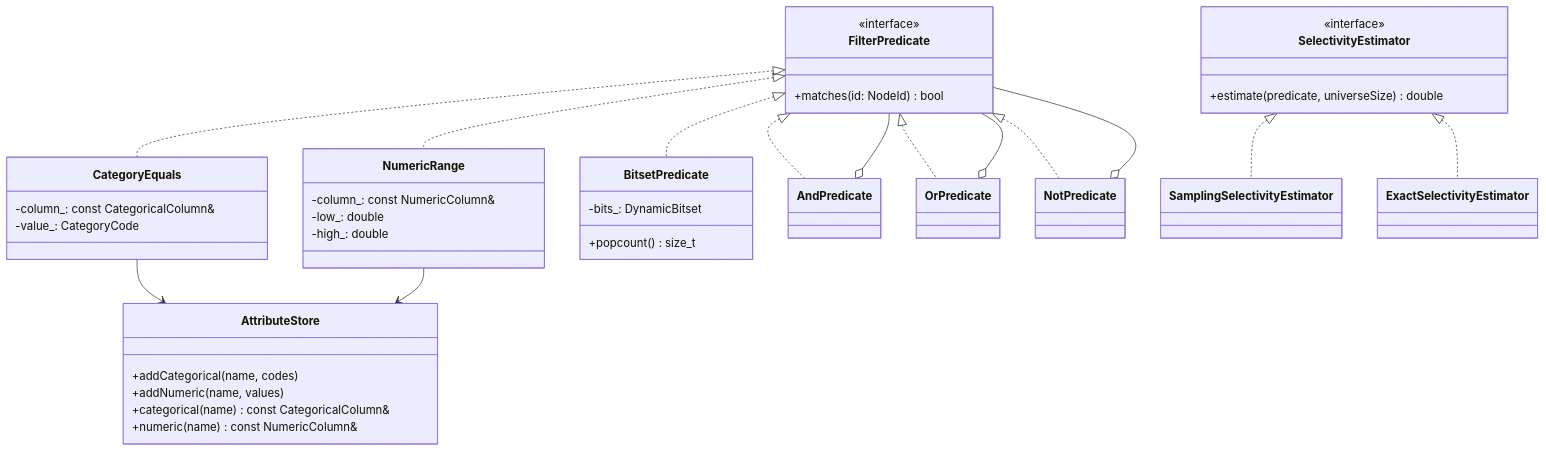
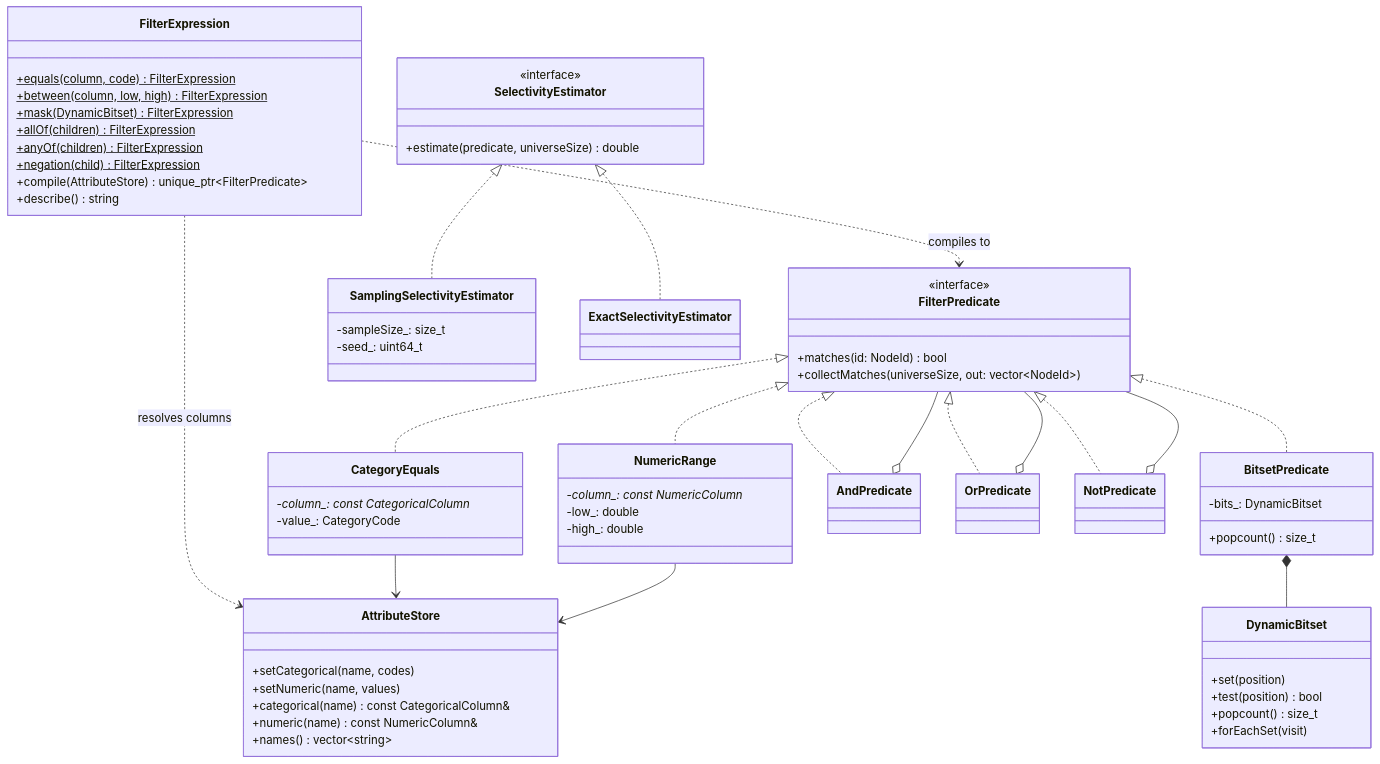
Before and after one commit to imDharaneesh/hopfilter-ann: the seventh of 13 diagrams in docs/design.md, drawn with Mermaid. The commit also changed other lines of this file, not shown here.

First line of the commit message:
docs(design): specify the filter module and filtered search strategies

````diff
--- a/docs/design.md
+++ b/docs/design.md
@@ -316,48 +318,72 @@
 ```mermaid
 classDiagram
+    class DynamicBitset {
+        +set(position)
+        +test(position) bool
+        +popcount() size_t
+        +forEachSet(visit)
+    }
+    class AttributeStore {
+        +setCategorical(name, codes)
+        +setNumeric(name, values)
+        +categorical(name) const CategoricalColumn&
+        +numeric(name) const NumericColumn&
+        +names() vector~string~
+    }
     class FilterPredicate {
         <<interface>>
         +matches(id: NodeId) bool
+        +collectMatches(universeSize, out: vector~NodeId~)
     }
     class CategoryEquals {
-        -column_: const CategoricalColumn&
+        -column_: const CategoricalColumn*
         -value_: CategoryCode
     }
     class NumericRange {
-        -column_: const NumericColumn&
+        -column_: const NumericColumn*
         -low_: double
         -high_: double
     }
     class BitsetPredicate {
         -bits_: DynamicBitset
         +popcount() size_t
     }
     class AndPredicate
     class OrPredicate
     class NotPredicate
-    class AttributeStore {
-        +addCategorical(name, codes)
-        +addNumeric(name, values)
-        +categorical(name) const CategoricalColumn&
-        +numeric(name) const NumericColumn&
+    class FilterExpression {
+        +equals(column, code)$ FilterExpression
+        +between(column, low, high)$ FilterExpression
+        +mask(DynamicBitset)$ FilterExpression
+        +allOf(children)$ FilterExpression
+        +anyOf(children)$ FilterExpression
+        +negation(child)$ FilterExpression
+        +compile(AttributeStore) unique_ptr~FilterPredicate~
+        +describe() string
     }
     class SelectivityEstimator {
         <<interface>>
         +estimate(predicate, universeSize) double
     }
-    class SamplingSelectivityEstimator
+    class SamplingSelectivityEstimator {
+        -sampleSize_: size_t
+        -seed_: uint64_t
+    }
     class ExactSelectivityEstimator
     FilterPredicate <|.. CategoryEquals
     FilterPredicate <|.. NumericRange
     FilterPredicate <|.. BitsetPredicate
     FilterPredicate <|.. AndPredicate
     FilterPredicate <|.. OrPredicate
     FilterPredicate <|.. NotPredicate
     AndPredicate o-- FilterPredicate
     OrPredicate o-- FilterPredicate
     NotPredicate o-- FilterPredicate
+    BitsetPredicate *-- DynamicBitset
     SelectivityEstimator <|.. SamplingSelectivityEstimator
     SelectivityEstimator <|.. ExactSelectivityEstimator
+    FilterExpression ..> AttributeStore : resolves columns
+    FilterExpression ..> FilterPredicate : compiles to
     CategoryEquals --> AttributeStore
     NumericRange --> AttributeStore
 ```
````
